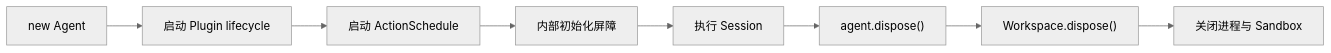
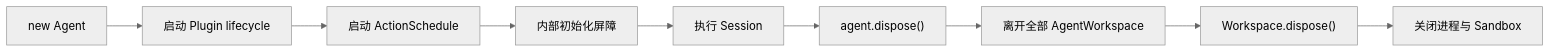
The second of 2 diagrams in homepage/content/docs/zh/agent/runtime-architecture.mdx (genesiscosmos/downcity), drawn with Mermaid (neutral theme) before and after one commit. The commit also changed other lines of this file and 322 other files, not shown here.

````diff
--- a/homepage/content/docs/zh/agent/runtime-architecture.mdx
+++ b/homepage/content/docs/zh/agent/runtime-architecture.mdx
@@ -185,10 +184,11 @@
 ```mermaid
 flowchart LR
     Construct["new Agent"] --> Plugins["启动 Plugin lifecycle"]
     Plugins --> Schedule["启动 ActionSchedule"]
     Schedule --> Barrier["内部初始化屏障"]
     Barrier --> Running["执行 Session"]
     Running --> Dispose["agent.dispose()"]
-    Dispose --> Workspace["Workspace.dispose()"]
+    Dispose --> Leave["离开全部 AgentWorkspace"]
+    Leave --> Workspace["Workspace.dispose()"]
     Workspace --> Shell["关闭进程与 Sandbox"]
 ```
````
